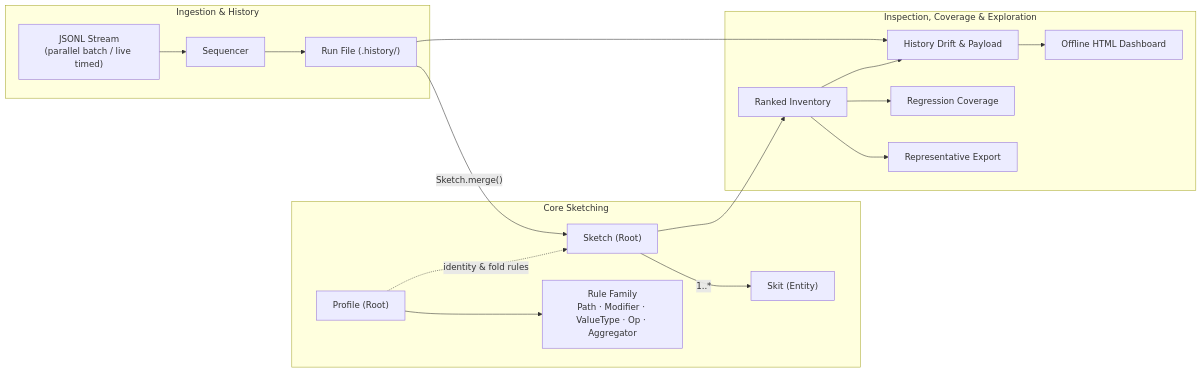
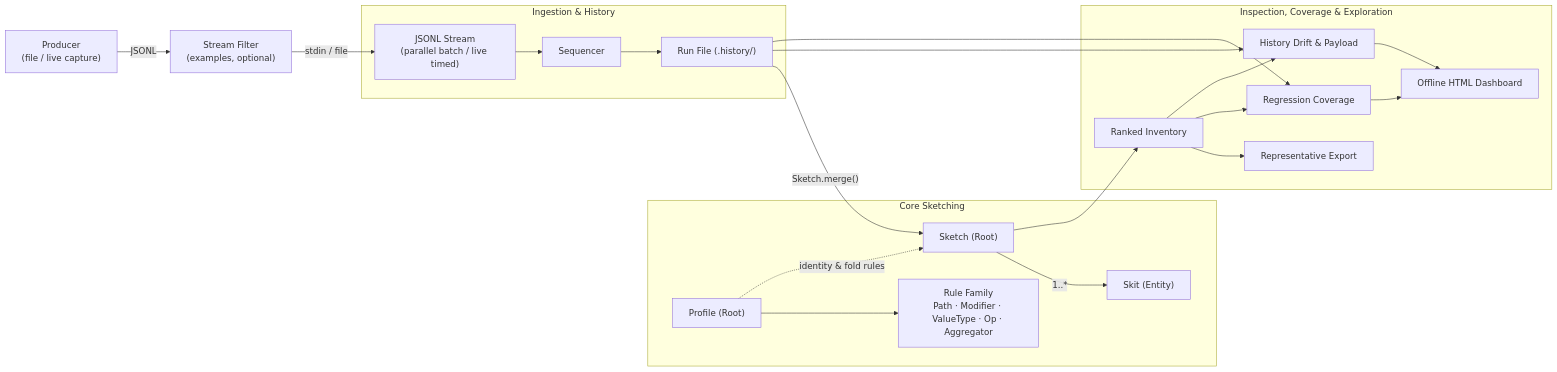
One commit to drusifer/sketch-tastic changed the first of 2 diagrams in docs/DOMAIN.md. Above: the diagram before and after it, drawn with Mermaid. The commit also changed other lines of this file and 5 other files, not shown here.

````diff
--- a/docs/DOMAIN.md
+++ b/docs/DOMAIN.md
@@ -56,34 +61,39 @@
 ```mermaid
 flowchart LR
     subgraph C1["Core Sketching"]
         Profile["Profile (Root)"]
         Rules["Rule Family\nPath · Modifier · ValueType · Op · Aggregator"]
         Sketch["Sketch (Root)"]
         Skit["Skit (Entity)"]
         Profile --> Rules
         Profile -.->|"identity & fold rules"| Sketch
         Sketch -->|"1..*"| Skit
     end
+
+    Producer["Producer\n(file / live capture)"] -->|"JSONL"| Filter["Stream Filter\n(examples, optional)"]
+    Filter -->|"stdin / file"| Stream
 
     subgraph C2["Ingestion & History"]
         Stream["JSONL Stream\n(parallel batch / live timed)"]
         Seq["Sequencer"]
         Run["Run File (.history/)"]
         Stream --> Seq --> Run
         Run -->|"Sketch.merge()"| Sketch
     end
 
     subgraph C3["Inspection, Coverage & Exploration"]
         Ranked["Ranked Inventory"]
         Export["Representative Export"]
         Cov["Regression Coverage"]
         Drift["History Drift & Payload"]
         Dash["Offline HTML Dashboard"]
         Sketch --> Ranked
         Ranked --> Export
         Ranked --> Cov
         Ranked --> Drift
         Run --> Drift
+        Run --> Cov
         Drift --> Dash
+        Cov --> Dash
     end
 ```
````
